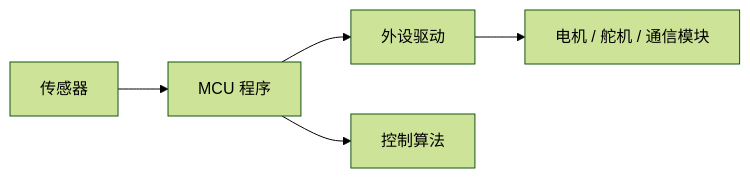
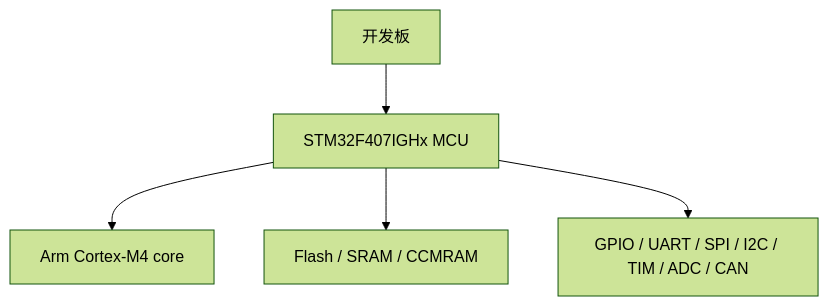
The sixth of 7 diagrams in slides.md (inaku-Gyan/RM-EC-Tutorial-2026-Summer), drawn with Mermaid (forest theme) before and after one commit. The commit also changed other lines of this file, not shown here.

````diff
--- a/slides.md
+++ b/slides.md
@@ -64,7 +1222,7 @@
 ```mermaid
-flowchart LR
-  Sensor[传感器] --> MCU[MCU 程序]
-  MCU --> Driver[外设驱动]
-  Driver --> Motor[电机 / 舵机 / 通信模块]
-  MCU --> Control[控制算法]
+flowchart TB
+  Board[开发板] --> MCU[STM32F407IGHx MCU]
+  MCU --> Core[Arm Cortex-M4 core]
+  MCU --> Memory[Flash / SRAM / CCMRAM]
+  MCU --> Peripherals[GPIO / UART / SPI / I2C / TIM / ADC / CAN]
 ```
````
